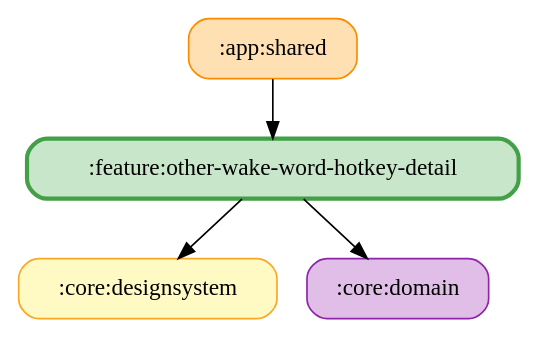
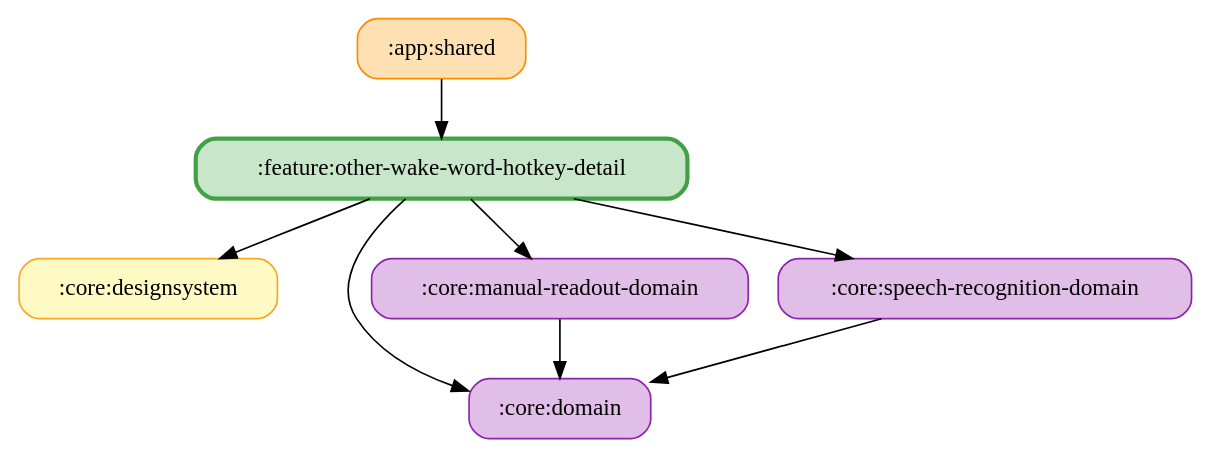
One commit to ai-kurou/KoDriver changed the diagram in docs/graphs/feature-other-wake-word-hotkey-detail.gv. Above: the diagram before and after it, drawn with Graphviz. The commit also changed 9 other files, not shown here.

Commit message:
chore: update module graph images

```diff
--- a/docs/graphs/feature-other-wake-word-hotkey-detail.gv
+++ b/docs/graphs/feature-other-wake-word-hotkey-detail.gv
@@ -1,11 +1,17 @@
 digraph G {
   rankdir=TB
   node [shape=box, style="rounded,filled"]
   ":app:shared" [fillcolor="#FFE0B2", color="#FB8C00", penwidth=1]
   ":core:designsystem" [fillcolor="#FFF9C4", color="#F9A825", penwidth=1]
   ":core:domain" [fillcolor="#E1BEE7", color="#8E24AA", penwidth=1]
+  ":core:manual-readout-domain" [fillcolor="#E1BEE7", color="#8E24AA", penwidth=1]
+  ":core:speech-recognition-domain" [fillcolor="#E1BEE7", color="#8E24AA", penwidth=1]
   ":feature:other-wake-word-hotkey-detail" [fillcolor="#C8E6C9", color="#43A047", penwidth=2.5]
   ":app:shared" -> ":feature:other-wake-word-hotkey-detail"
+  ":core:manual-readout-domain" -> ":core:domain"
+  ":core:speech-recognition-domain" -> ":core:domain"
   ":feature:other-wake-word-hotkey-detail" -> ":core:domain"
   ":feature:other-wake-word-hotkey-detail" -> ":core:designsystem"
+  ":feature:other-wake-word-hotkey-detail" -> ":core:manual-readout-domain"
+  ":feature:other-wake-word-hotkey-detail" -> ":core:speech-recognition-domain"
 }
```
